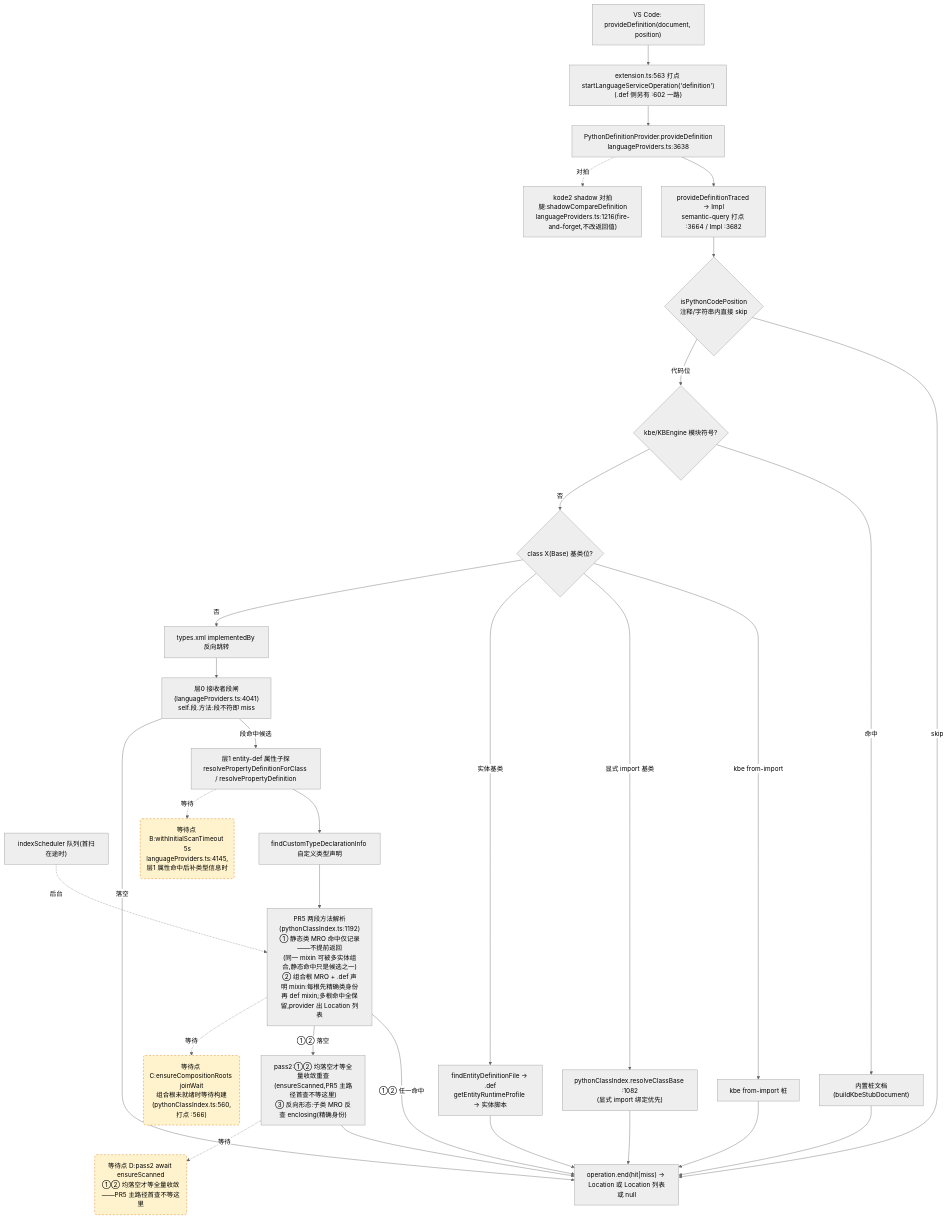
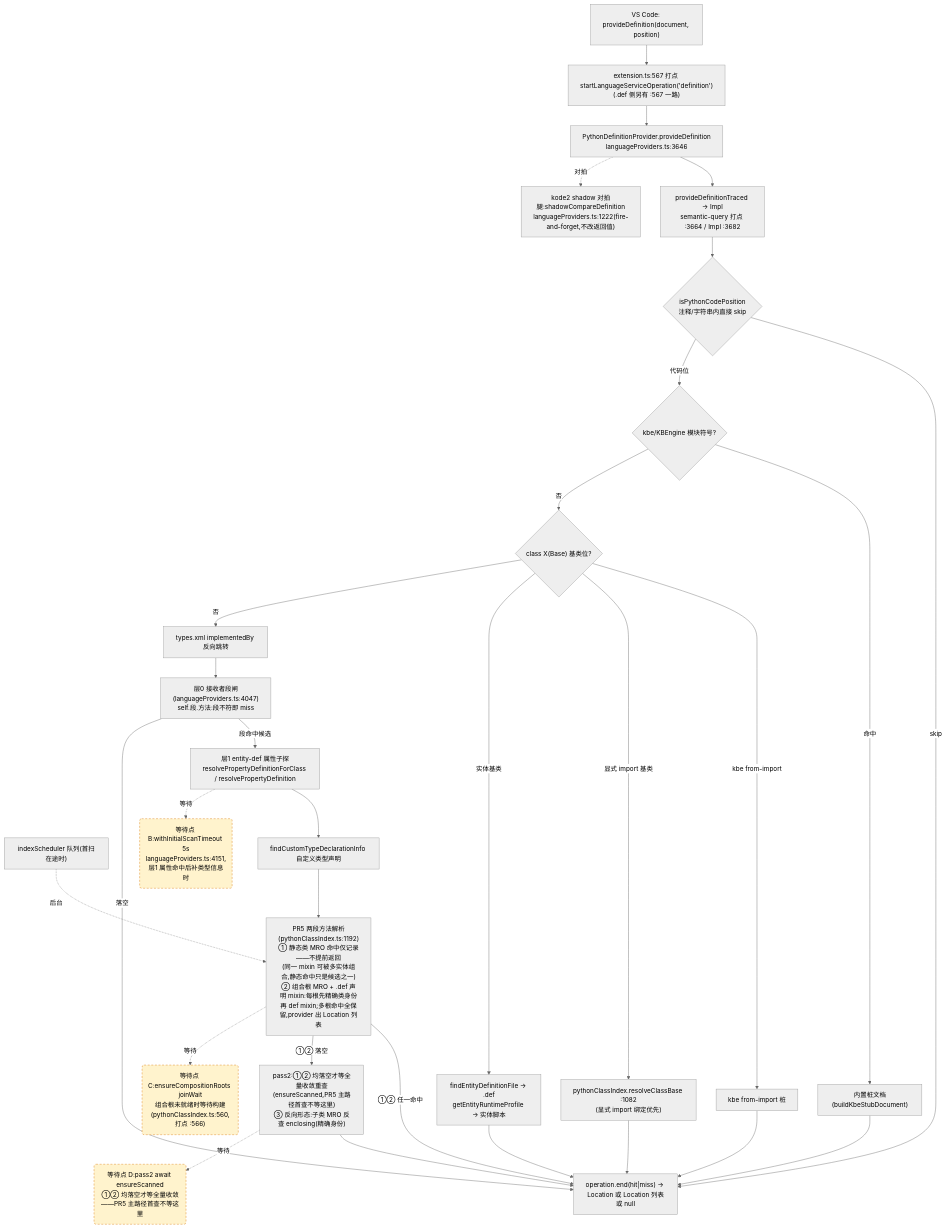
One commit to cuihairu/kode changed the second of 4 diagrams in docs/perf/2026-baseline.md. Above: the diagram before and after it, drawn with Mermaid (neutral theme). The commit also changed other lines of this file and 6 other files, not shown here.

````diff
--- a/docs/perf/2026-baseline.md
+++ b/docs/perf/2026-baseline.md
@@ -130,51 +130,51 @@
 ```mermaid
 flowchart TD
   VC2["VS Code: provideDefinition(document, position)"]
-  M2["extension.ts:563 打点 startLanguageServiceOperation('definition')<br/>(.def 侧另有 :602 一路)"]
-  AD2["PythonDefinitionProvider.provideDefinition<br/>languageProviders.ts:3638"]
+  M2["extension.ts:567 打点 startLanguageServiceOperation('definition')<br/>(.def 侧另有 :567 一路)"]
+  AD2["PythonDefinitionProvider.provideDefinition<br/>languageProviders.ts:3646"]
   TR["provideDefinitionTraced → Impl<br/>semantic-query 打点 :3664 / Impl :3682"]
   CTX{"isPythonCodePosition<br/>注释/字符串内直接 skip"}
   KBE{"kbe/KBEngine 模块符号?"}
   STUB["内置桩文档(buildKbeStubDocument)"]
   CB{"class X(Base) 基类位?"}
   CB1["kbe from-import 桩"]
   CB2["pythonClassIndex.resolveClassBase :1082<br/>(显式 import 绑定优先)"]
   CB3["findEntityDefinitionFile → .def<br/>getEntityRuntimeProfile → 实体脚本"]
   REV["types.xml implementedBy 反向跳转"]
-  L0["层0 接收者段闸(languageProviders.ts:4041)<br/>self.段.方法:段不符即 miss"]
+  L0["层0 接收者段闸(languageProviders.ts:4047)<br/>self.段.方法:段不符即 miss"]
   L1["层1 entity-def 属性子探<br/>resolvePropertyDefinitionForClass / resolvePropertyDefinition"]
   SCAN["indexScheduler 队列(首扫在途时)"]
   TY["findCustomTypeDeclarationInfo 自定义类型声明"]
   MRO["PR5 两段方法解析(pythonClassIndex.ts:1192)<br/>① 静态类 MRO 命中仅记录——不提前返回<br/>(同一 mixin 可被多实体组合,静态命中只是候选之一)<br/>② 组合根 MRO + .def 声明 mixin:每根先精确类身份<br/>再 def mixin;多根命中全保留,provider 出 Location 列表"]
   PASS2["pass2:①② 均落空才等全量收敛重查<br/>(ensureScanned,PR5 主路径首查不等这里)<br/>③ 反向形态:子类 MRO 反查 enclosing(精确身份)"]
-  SHD["kode2 shadow 对拍腿:shadowCompareDefinition<br/>languageProviders.ts:1216(fire-and-forget,不改返回值)"]
+  SHD["kode2 shadow 对拍腿:shadowCompareDefinition<br/>languageProviders.ts:1222(fire-and-forget,不改返回值)"]
   END2["operation.end(hit|miss) → Location 或 Location 列表或 null"]
 
   VC2 --> M2 --> AD2 --> TR --> CTX
   CTX -- "skip" --> END2
   CTX -- "代码位" --> KBE
   KBE -- "命中" --> STUB --> END2
   KBE -- "否" --> CB
   CB -- "kbe from-import" --> CB1 --> END2
   CB -- "显式 import 基类" --> CB2 --> END2
   CB -- "实体基类" --> CB3 --> END2
   CB -- "否" --> REV --> L0
   L0 -- "段命中候选" --> L1
   L0 -- "落空" --> END2
   L1 --> TY
   TY --> MRO
   MRO -- "①② 任一命中" --> END2
   MRO -- "①② 落空" --> PASS2 --> END2
   AD2 -.->|对拍| SHD
 
-  WAITB("等待点 B:withInitialScanTimeout 5s<br/>languageProviders.ts:4145,层1 属性命中后补类型信息时")
+  WAITB("等待点 B:withInitialScanTimeout 5s<br/>languageProviders.ts:4151,层1 属性命中后补类型信息时")
   WAITC("等待点 C:ensureCompositionRoots joinWait<br/>组合根未就绪时等待构建(pythonClassIndex.ts:560,打点 :566)")
   WAITD("等待点 D:pass2 await ensureScanned<br/>①② 均落空才等全量收敛——PR5 主路径首查不等这里")
   L1 -.->|等待| WAITB
   MRO -.->|等待| WAITC
   PASS2 -.->|等待| WAITD
   SCAN -.->|后台| MRO
 
   classDef waitPoint fill:#fff3cd,stroke:#d97706,stroke-dasharray:5 4;
   class WAITB,WAITC,WAITD waitPoint;
 ```
````
